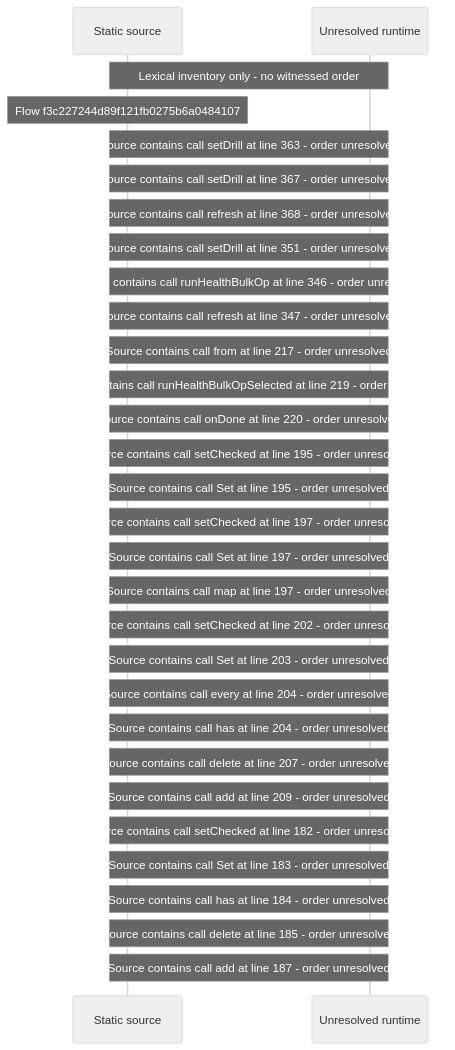
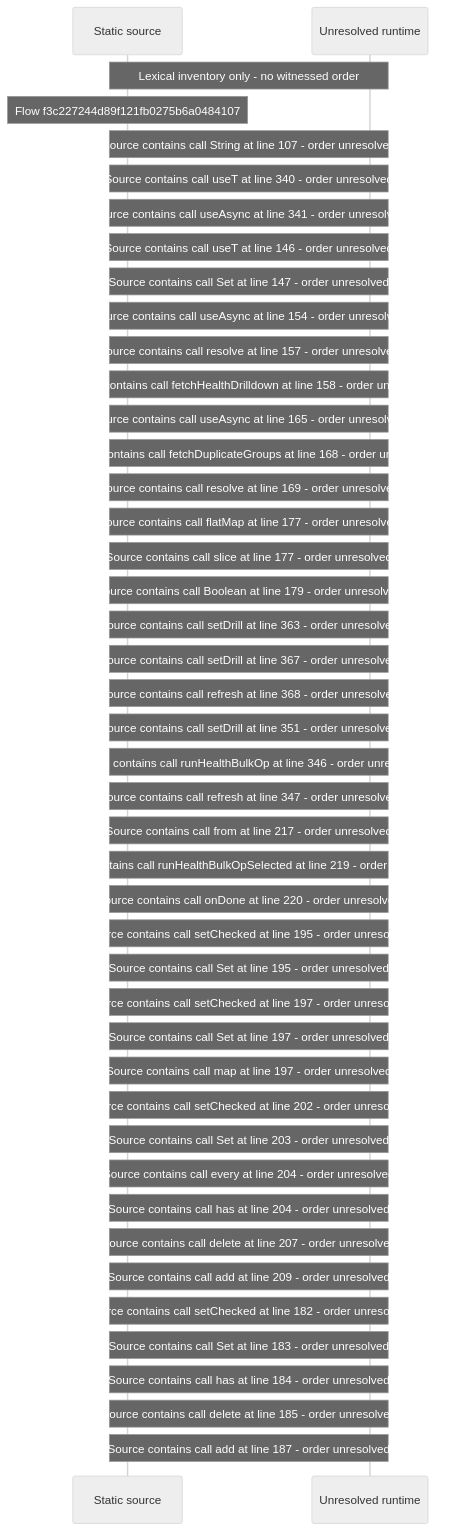
Before and after one commit to beamfall/core: the diagram in docs/web/flows/generated/f3c227244d89f121fb0275b6a0484107/flow-diagram.md, drawn with Mermaid (neutral theme). The commit also changed other lines of this file and 699 other files, not shown here.

Commit message:
Regenerate the web flow record with flow generator version 5

````diff
--- a/docs/web/flows/generated/f3c227244d89f121fb0275b6a0484107/flow-diagram.md
+++ b/docs/web/flows/generated/f3c227244d89f121fb0275b6a0484107/flow-diagram.md
@@ -10,32 +10,46 @@
 ```mermaid
 sequenceDiagram
     participant S as Static source
     participant U as Unresolved runtime
     Note over S,U: Lexical inventory only - no witnessed order
     Note over S: Flow f3c227244d89f121fb0275b6a0484107
+    Note over S,U: Source contains call String at line 107 - order unresolved
+    Note over S,U: Source contains call useT at line 340 - order unresolved
+    Note over S,U: Source contains call useAsync at line 341 - order unresolved
+    Note over S,U: Source contains call useT at line 146 - order unresolved
+    Note over S,U: Source contains call Set at line 147 - order unresolved
+    Note over S,U: Source contains call useAsync at line 154 - order unresolved
+    Note over S,U: Source contains call resolve at line 157 - order unresolved
+    Note over S,U: Source contains call fetchHealthDrilldown at line 158 - order unresolved
+    Note over S,U: Source contains call useAsync at line 165 - order unresolved
+    Note over S,U: Source contains call fetchDuplicateGroups at line 168 - order unresolved
+    Note over S,U: Source contains call resolve at line 169 - order unresolved
+    Note over S,U: Source contains call flatMap at line 177 - order unresolved
+    Note over S,U: Source contains call slice at line 177 - order unresolved
+    Note over S,U: Source contains call Boolean at line 179 - order unresolved
     Note over S,U: Source contains call setDrill at line 363 - order unresolved
     Note over S,U: Source contains call setDrill at line 367 - order unresolved
     Note over S,U: Source contains call refresh at line 368 - order unresolved
     Note over S,U: Source contains call setDrill at line 351 - order unresolved
     Note over S,U: Source contains call runHealthBulkOp at line 346 - order unresolved
     Note over S,U: Source contains call refresh at line 347 - order unresolved
     Note over S,U: Source contains call from at line 217 - order unresolved
     Note over S,U: Source contains call runHealthBulkOpSelected at line 219 - order unresolved
     Note over S,U: Source contains call onDone at line 220 - order unresolved
     Note over S,U: Source contains call setChecked at line 195 - order unresolved
     Note over S,U: Source contains call Set at line 195 - order unresolved
     Note over S,U: Source contains call setChecked at line 197 - order unresolved
     Note over S,U: Source contains call Set at line 197 - order unresolved
     Note over S,U: Source contains call map at line 197 - order unresolved
     Note over S,U: Source contains call setChecked at line 202 - order unresolved
     Note over S,U: Source contains call Set at line 203 - order unresolved
     Note over S,U: Source contains call every at line 204 - order unresolved
     Note over S,U: Source contains call has at line 204 - order unresolved
     Note over S,U: Source contains call delete at line 207 - order unresolved
     Note over S,U: Source contains call add at line 209 - order unresolved
     Note over S,U: Source contains call setChecked at line 182 - order unresolved
     Note over S,U: Source contains call Set at line 183 - order unresolved
     Note over S,U: Source contains call has at line 184 - order unresolved
     Note over S,U: Source contains call delete at line 185 - order unresolved
     Note over S,U: Source contains call add at line 187 - order unresolved
 ```
````
